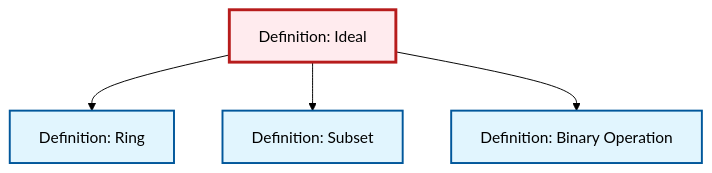
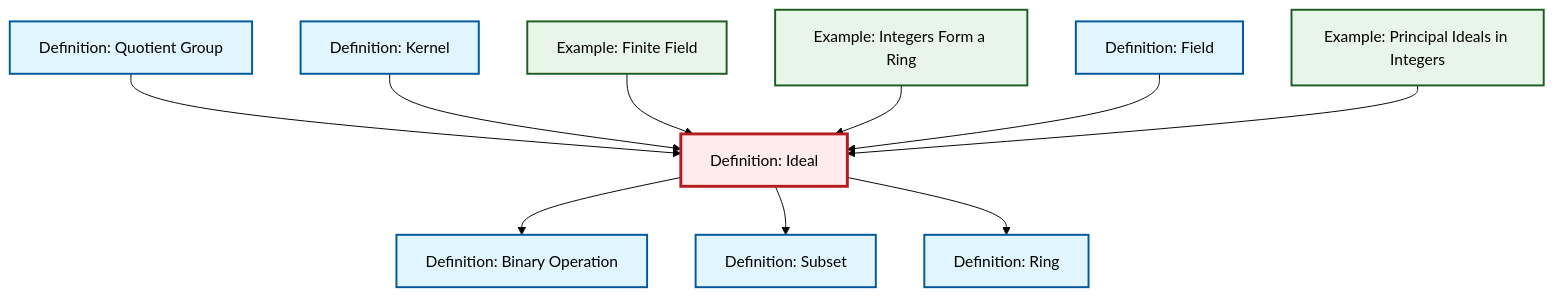
Before and after one commit to RK0429/ModernMath: the diagram in content/en/algebra/def-ideal.qmd, drawn with Mermaid (forest theme). The commit also changed 530 other files, not shown here.

````diff
--- a/content/en/algebra/def-ideal.qmd
+++ b/content/en/algebra/def-ideal.qmd
@@ -63,20 +63,38 @@
 ```{mermaid}
 %%| fig-cap: "Local dependency graph"
 graph TD
     classDef definition fill:#e1f5fe,stroke:#01579b,stroke-width:2px
     classDef theorem fill:#f3e5f5,stroke:#4a148c,stroke-width:2px
     classDef axiom fill:#fff3e0,stroke:#e65100,stroke-width:2px
     classDef example fill:#e8f5e9,stroke:#1b5e20,stroke-width:2px
     classDef current fill:#ffebee,stroke:#b71c1c,stroke-width:3px
     def-ideal["Definition: Ideal"]:::definition
+    ex-finite-field["Example: Finite Field"]:::example
+    def-kernel["Definition: Kernel"]:::definition
+    def-field["Definition: Field"]:::definition
     def-ring["Definition: Ring"]:::definition
+    def-quotient-group["Definition: Quotient Group"]:::definition
     def-subset["Definition: Subset"]:::definition
+    ex-principal-ideal["Example: Principal Ideals in Integers"]:::example
+    ex-integers-ring["Example: Integers Form a Ring"]:::example
     def-binary-operation["Definition: Binary Operation"]:::definition
+    def-quotient-group --> def-ideal
+    def-ideal --> def-binary-operation
+    def-kernel --> def-ideal
+    ex-finite-field --> def-ideal
+    ex-integers-ring --> def-ideal
+    def-ideal --> def-subset
     def-ideal --> def-ring
-    def-ideal --> def-subset
-    def-ideal --> def-binary-operation
+    def-field --> def-ideal
+    ex-principal-ideal --> def-ideal
     class def-ideal current
+    click ex-finite-field "ex-finite-field.html" "Go to Finite Field example"
+    click def-kernel "def-kernel.html" "Go to Kernel definition"
+    click def-field "def-field.html" "Go to Field definition"
     click def-ring "def-ring.html" "Go to Ring definition"
-    click def-subset "../logic-set-theory/def-subset.html" "Go to Subset definition"
+    click def-quotient-group "def-quotient-group.html" "Go to Quotient Group definition"
+    click def-subset "def-subset.html" "Go to Subset definition"
+    click ex-principal-ideal "ex-principal-ideal.html" "Go to Principal Ideals in Integers example"
+    click ex-integers-ring "ex-integers-ring.html" "Go to Integers Form a Ring example"
     click def-binary-operation "def-binary-operation.html" "Go to Binary Operation definition"
 ```
````
